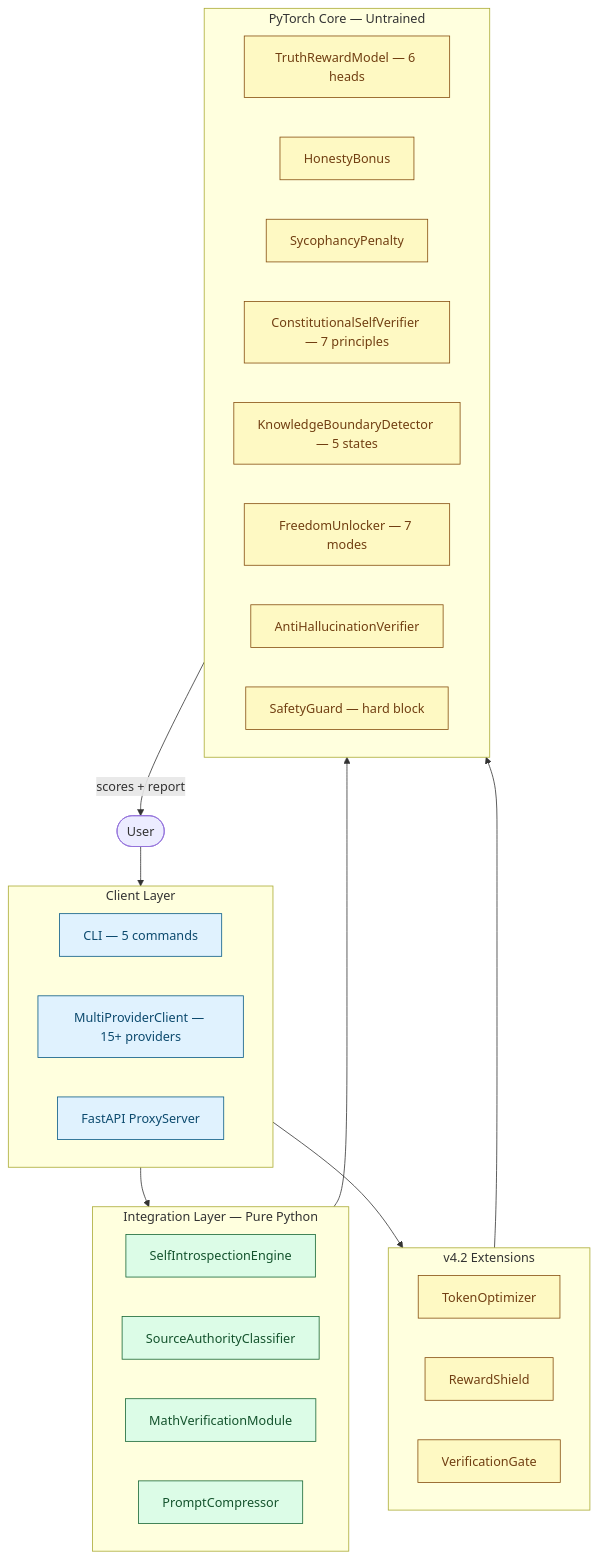
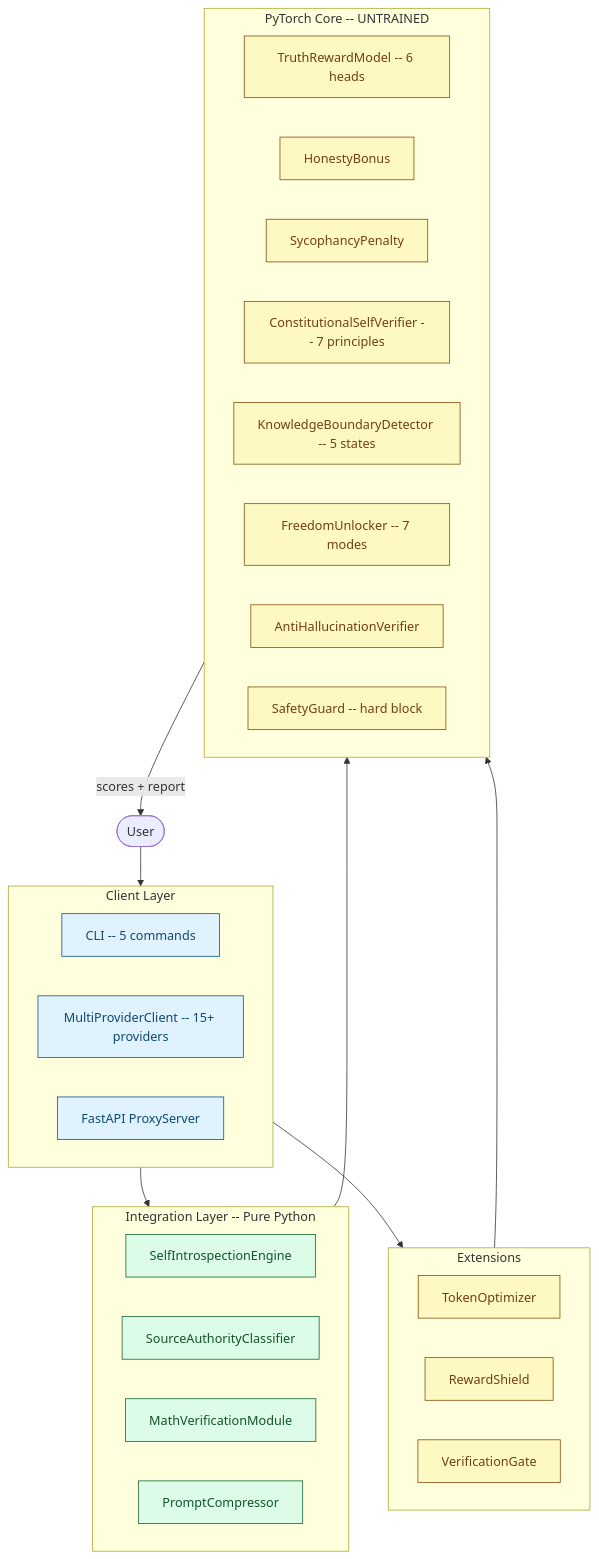
Before and after one commit to ntd25022006q/LibertyMind: the diagram in README.md, drawn with Mermaid. The commit also changed other lines of this file and 25 other files, not shown here.

````diff
--- a/README.md
+++ b/README.md
@@ -26,46 +38,46 @@
 ```mermaid
 flowchart TD
     classDef working fill:#dcfce7,stroke:#166534,color:#14532d
     classDef untrained fill:#fef9c3,stroke:#854d0e,color:#713f12
     classDef infra fill:#e0f2fe,stroke:#075985,color:#0c4a6e
 
     User([User]) --> Client
 
     subgraph Client["Client Layer"]
-        CLI[CLI — 5 commands]:::infra
-        MPC[MultiProviderClient — 15+ providers]:::infra
+        CLI[CLI -- 5 commands]:::infra
+        MPC[MultiProviderClient -- 15+ providers]:::infra
         Proxy[FastAPI ProxyServer]:::infra
     end
 
     Client --> Integration
     Client --> Extensions
 
-    subgraph Integration["Integration Layer — Pure Python"]
+    subgraph Integration["Integration Layer -- Pure Python"]
         SIE[SelfIntrospectionEngine]:::working
         SAC[SourceAuthorityClassifier]:::working
         MVM[MathVerificationModule]:::working
         PC[PromptCompressor]:::working
     end
 
-    subgraph Extensions["v4.2 Extensions"]
+    subgraph Extensions["Extensions"]
         TO[TokenOptimizer]:::untrained
         RS[RewardShield]:::untrained
         VG[VerificationGate]:::untrained
     end
 
     Integration --> Core
     Extensions --> Core
 
-    subgraph Core["PyTorch Core — Untrained"]
-        TRM[TruthRewardModel — 6 heads]:::untrained
+    subgraph Core["PyTorch Core -- UNTRAINED"]
+        TRM[TruthRewardModel -- 6 heads]:::untrained
         HB[HonestyBonus]:::untrained
         SP[SycophancyPenalty]:::untrained
-        CSV[ConstitutionalSelfVerifier — 7 principles]:::untrained
-        KBD[KnowledgeBoundaryDetector — 5 states]:::untrained
-        FU[FreedomUnlocker — 7 modes]:::untrained
+        CSV[ConstitutionalSelfVerifier -- 7 principles]:::untrained
+        KBD[KnowledgeBoundaryDetector -- 5 states]:::untrained
+        FU[FreedomUnlocker -- 7 modes]:::untrained
         AHV[AntiHallucinationVerifier]:::untrained
-        SG[SafetyGuard — hard block]:::untrained
+        SG[SafetyGuard -- hard block]:::untrained
     end
 
     Core -->|scores + report| User
 ```
````
